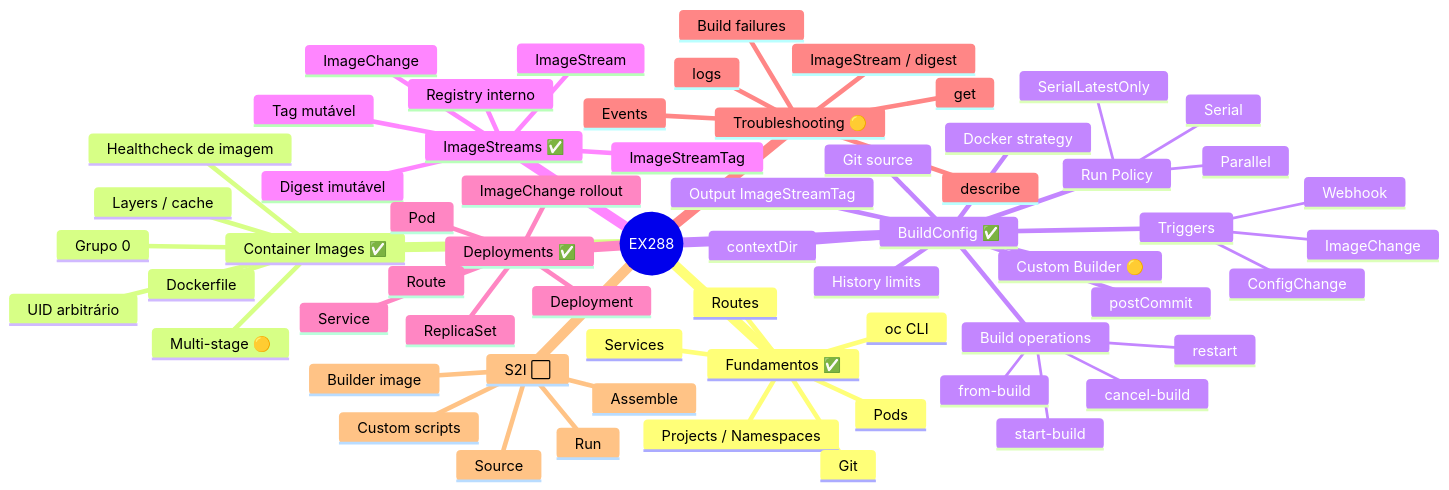
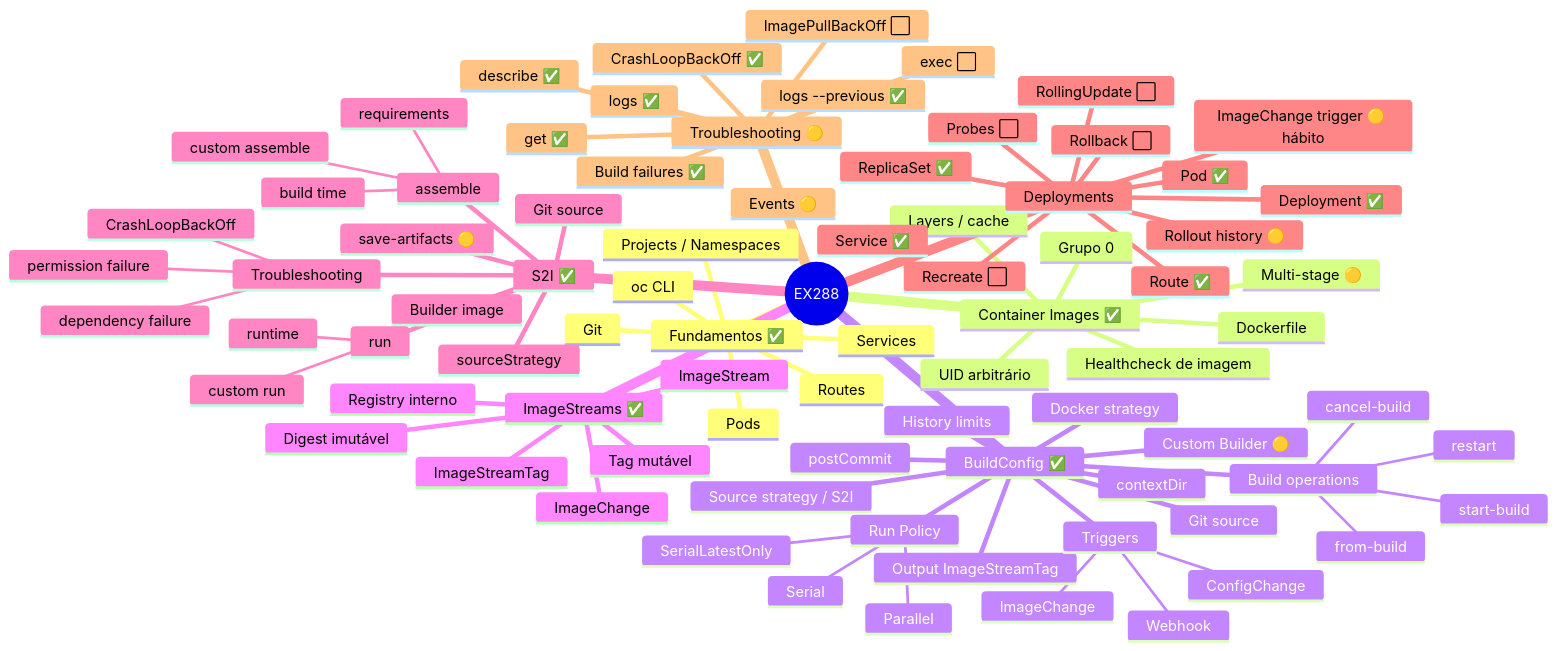
One commit to fmonticelli/ex288-labs changed the second of 9 diagrams in mindmap/README.md. Above: the diagram before and after it, drawn with Mermaid. The commit also changed other lines of this file and 1 other file, not shown here.

````diff
--- a/mindmap/README.md
+++ b/mindmap/README.md
@@ -76,6 +85,7 @@
       Git source
       contextDir
       Docker strategy
+      Source strategy / S2I
       Output ImageStreamTag
       Triggers
         ConfigChange
@@ -100,24 +110,42 @@
       Digest imutável
       Registry interno
       ImageChange
-    Deployments ✅
-      Deployment
-      ReplicaSet
-      Pod
-      Service
-      Route
-      ImageChange rollout
+    S2I ✅
+      Builder image
+      sourceStrategy
+      Git source
+      assemble
+        build time
+        requirements
+        custom assemble
+      run
+        runtime
+        custom run
+      save-artifacts 🟡
+      Troubleshooting
+        dependency failure
+        permission failure
+        CrashLoopBackOff
+    Deployments
+      Deployment ✅
+      ReplicaSet ✅
+      Pod ✅
+      Service ✅
+      Route ✅
+      ImageChange trigger 🟡 hábito
+      Rollout history 🟡
+      Rollback ⬜
+      RollingUpdate ⬜
+      Recreate ⬜
+      Probes ⬜
     Troubleshooting 🟡
-      get
-      describe
-      logs
-      Events
-      Build failures
-      ImageStream / digest
-    S2I ⬜
-      Builder image
-      Source
-      Assemble
-      Run
-      Custom scripts
+      get ✅
+      describe ✅
+      logs ✅
+      logs --previous ✅
+      exec ⬜
+      Events 🟡
+      Build failures ✅
+      CrashLoopBackOff ✅
+      ImagePullBackOff ⬜
 ```
````
